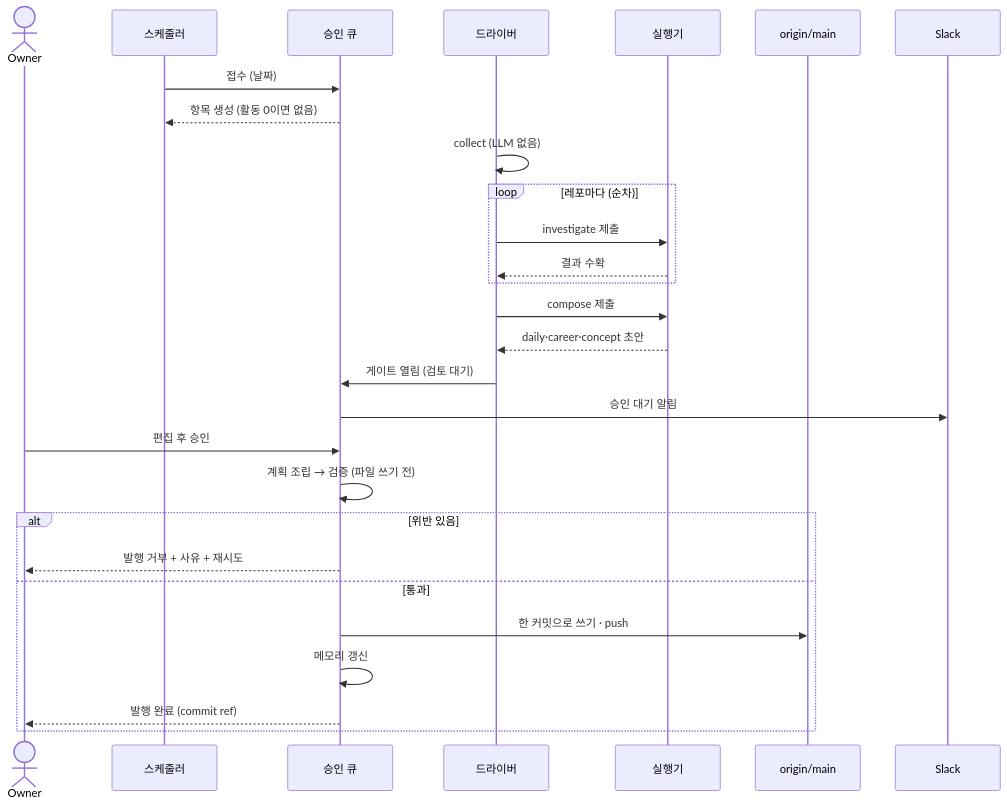
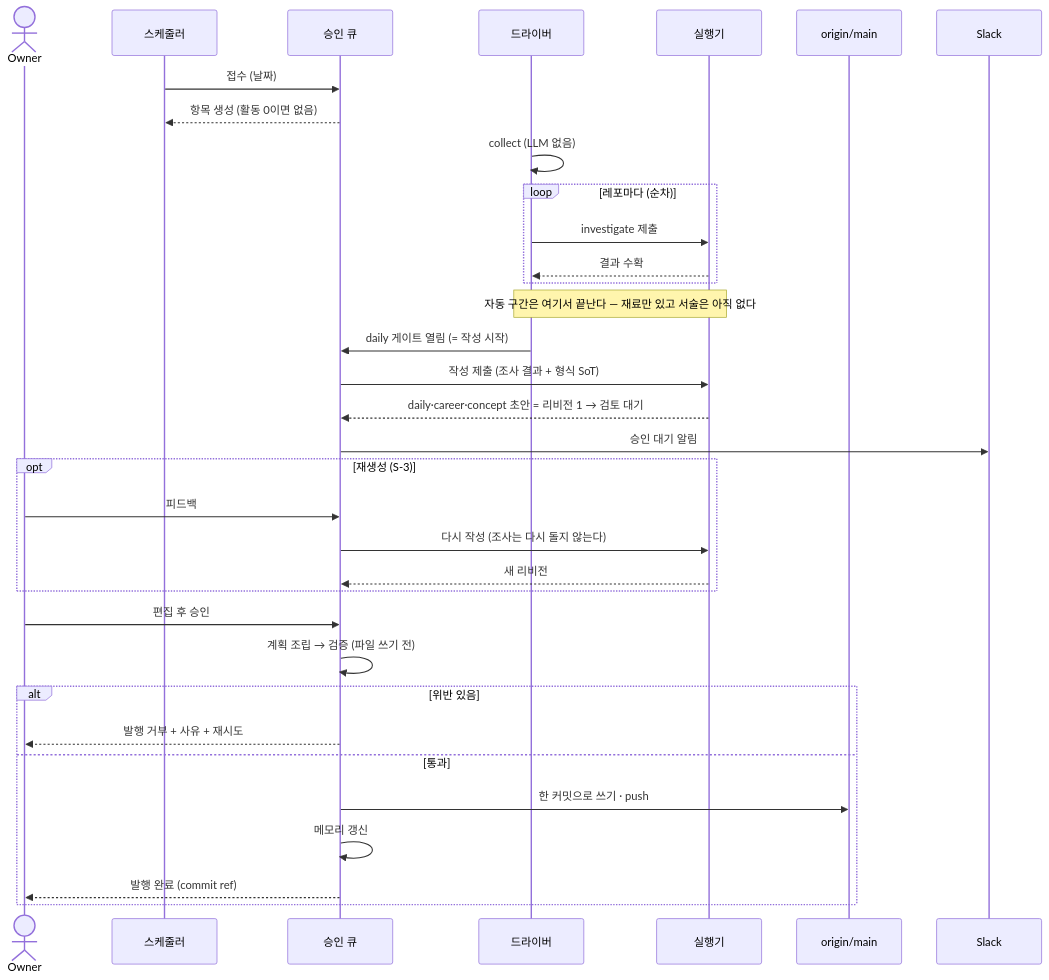
One commit to kknaks/kknaks_profile changed the first of 2 diagrams in products/kknaks-dev/20-spec/spec-013-grass-gate.md. Above: the diagram before and after it, drawn with Mermaid. The commit also changed other lines of this file and 6 other files, not shown here.

````diff
--- a/products/kknaks-dev/20-spec/spec-013-grass-gate.md
+++ b/products/kknaks-dev/20-spec/spec-013-grass-gate.md
@@ -216,31 +222,37 @@
 ```mermaid
 sequenceDiagram
     actor Owner
     participant Sch as 스케줄러
     participant Q as 승인 큐
     participant Drv as 드라이버
     participant AI as 실행기
     participant Git as origin/main
     participant Slack
 
     Sch->>Q: 접수 (날짜)
     Q-->>Sch: 항목 생성 (활동 0이면 없음)
     Drv->>Drv: collect (LLM 없음)
     loop 레포마다 (순차)
         Drv->>AI: investigate 제출
         AI-->>Drv: 결과 수확
     end
-    Drv->>AI: compose 제출
-    AI-->>Drv: daily·career·concept 초안
-    Drv->>Q: 게이트 열림 (검토 대기)
+    Note over Drv,AI: 자동 구간은 여기서 끝난다 — 재료만 있고 서술은 아직 없다
+    Drv->>Q: daily 게이트 열림 (= 작성 시작)
+    Q->>AI: 작성 제출 (조사 결과 + 형식 SoT)
+    AI-->>Q: daily·career·concept 초안 = 리비전 1 → 검토 대기
     Q->>Slack: 승인 대기 알림
+    opt 재생성 (S-3)
+        Owner->>Q: 피드백
+        Q->>AI: 다시 작성 (조사는 다시 돌지 않는다)
+        AI-->>Q: 새 리비전
+    end
     Owner->>Q: 편집 후 승인
     Q->>Q: 계획 조립 → 검증 (파일 쓰기 전)
     alt 위반 있음
         Q-->>Owner: 발행 거부 + 사유 + 재시도
     else 통과
         Q->>Git: 한 커밋으로 쓰기 · push
         Q->>Q: 메모리 갱신
         Q-->>Owner: 발행 완료 (commit ref)
     end
 ```
````
